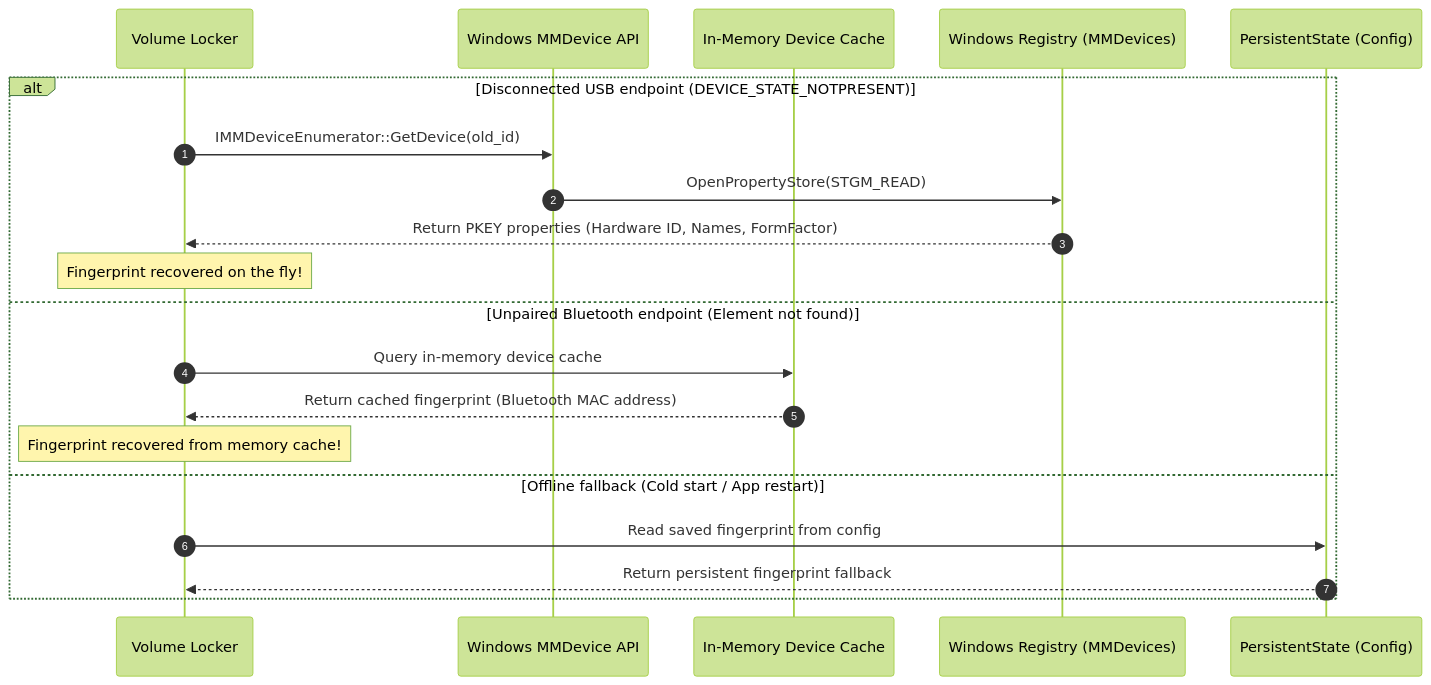
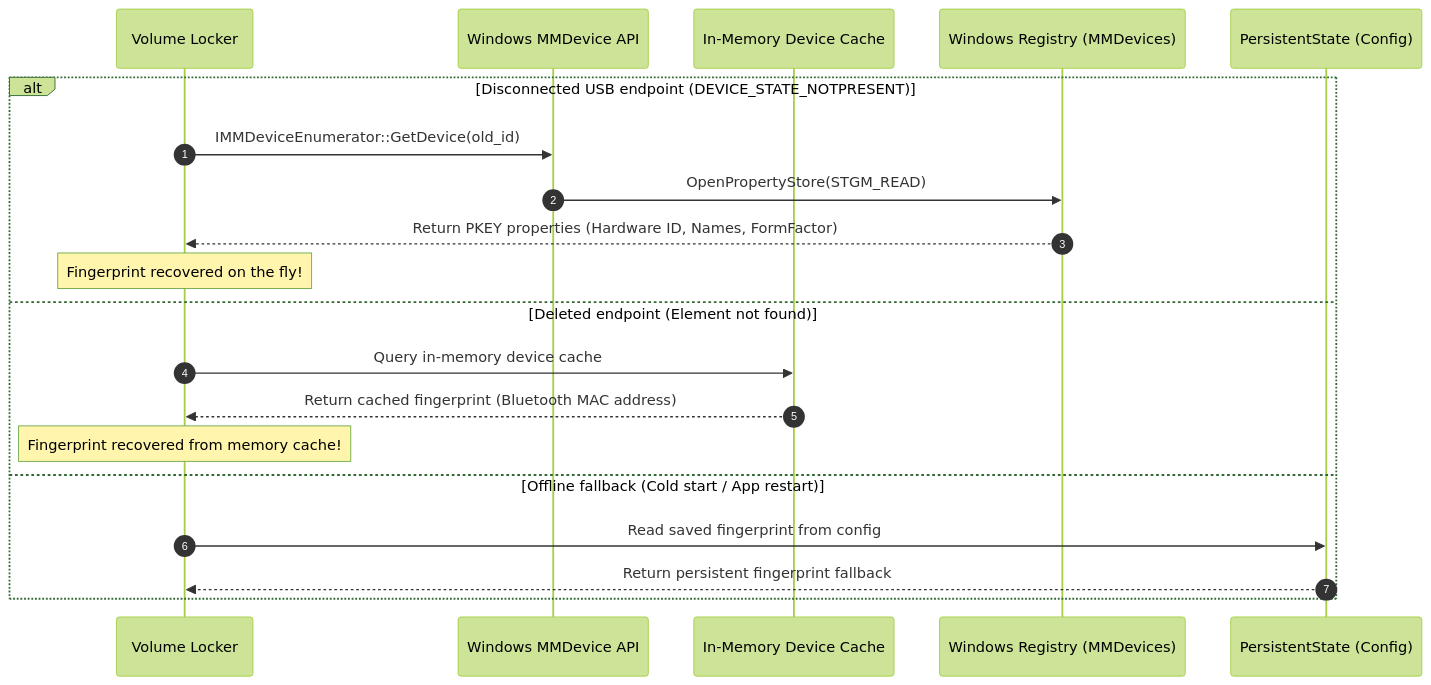
Before and after one commit to felipecrs/volume-locker: the third of 8 diagrams in docs/device-id-migration.md, drawn with Mermaid (forest theme). The commit also changed other lines of this file and 3 other files, not shown here.

````diff
--- a/docs/device-id-migration.md
+++ b/docs/device-id-migration.md
@@ -62,23 +62,23 @@
 ```mermaid
 sequenceDiagram
     autonumber
     participant APP as Volume Locker
     participant MM as Windows MMDevice API
     participant MEM as In-Memory Device Cache
     participant REG as Windows Registry (MMDevices)
     participant CFG as PersistentState (Config)
 
     alt Disconnected USB endpoint (DEVICE_STATE_NOTPRESENT)
         APP->>MM: IMMDeviceEnumerator::GetDevice(old_id)
         MM->>REG: OpenPropertyStore(STGM_READ)
         REG-->>APP: Return PKEY properties (Hardware ID, Names, FormFactor)
         Note over APP: Fingerprint recovered on the fly!
-    else Unpaired Bluetooth endpoint (Element not found)
+    else Deleted endpoint (Element not found)
         APP->>MEM: Query in-memory device cache
         MEM-->>APP: Return cached fingerprint (Bluetooth MAC address)
         Note over APP: Fingerprint recovered from memory cache!
     else Offline fallback (Cold start / App restart)
         APP->>CFG: Read saved fingerprint from config
         CFG-->>APP: Return persistent fingerprint fallback
     end
 ```
````
